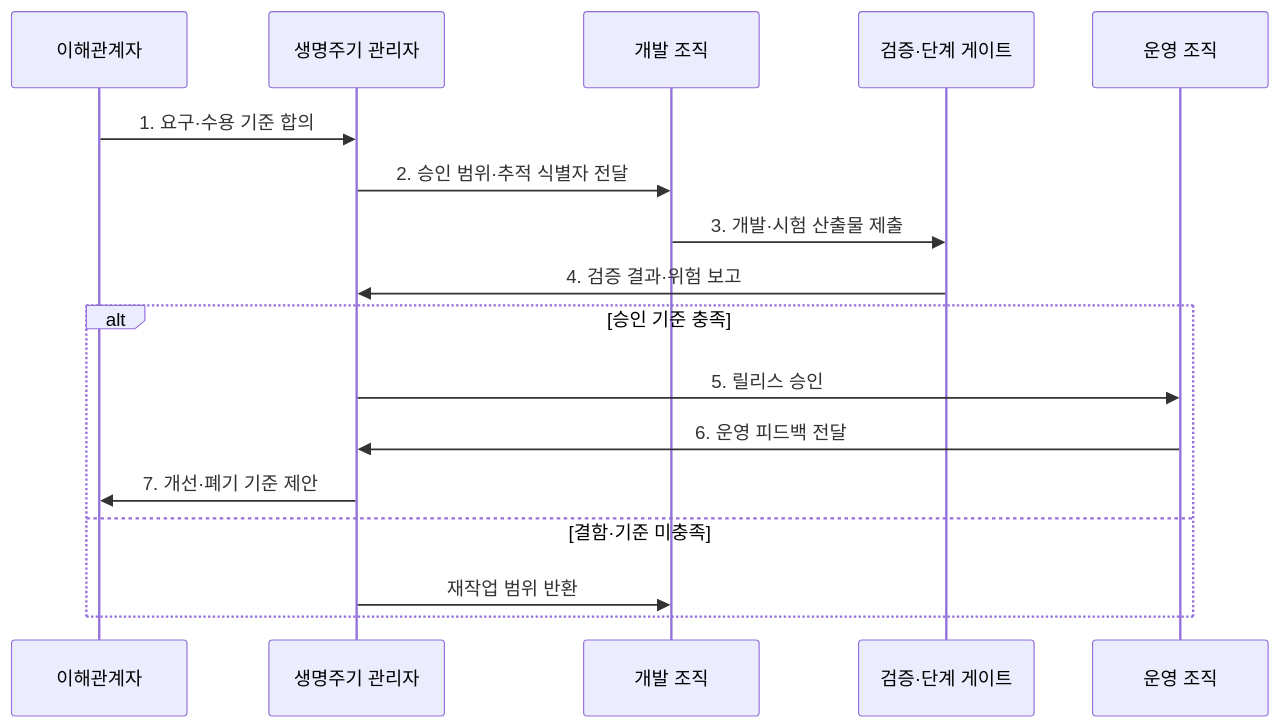
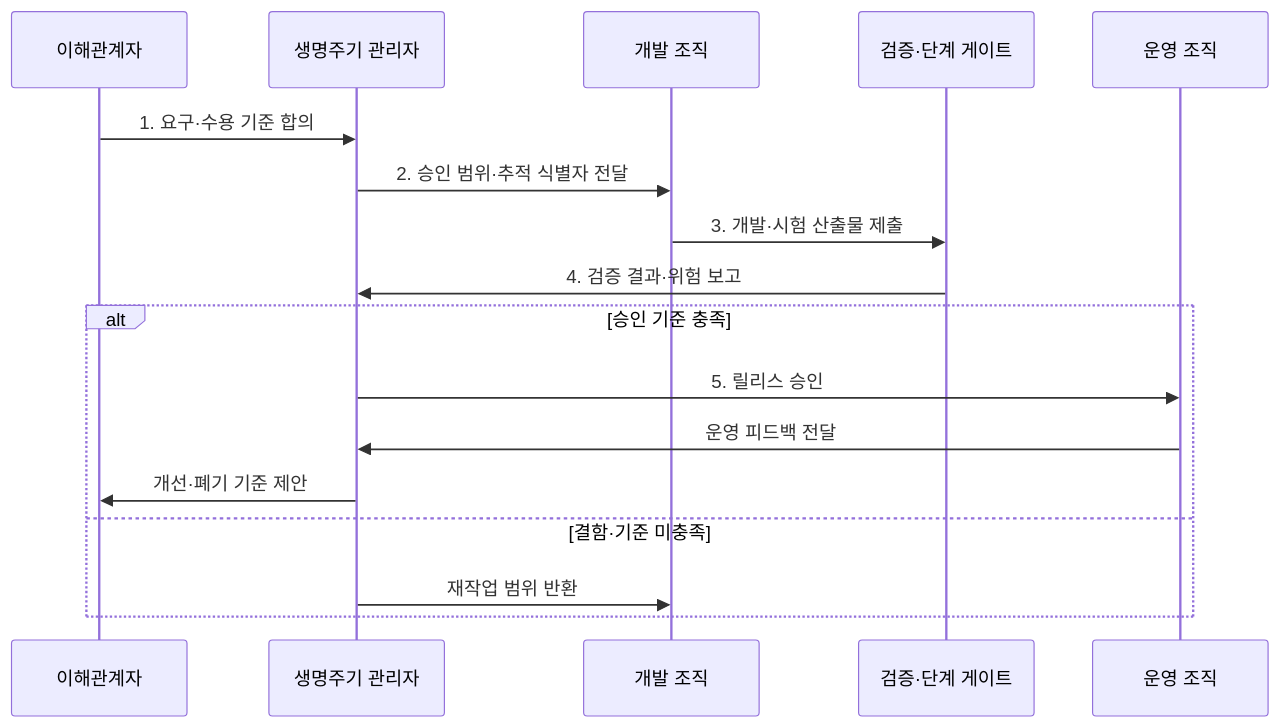
Before and after one commit to agnusdei1207/knowledge-base: the second of 2 diagrams in src/content/docs/notes/03-software/030_software_development_lifecycle.md, drawn with Mermaid. The commit also changed other lines of this file and 238 other files, not shown here.

````diff
--- a/src/content/docs/notes/03-software/030_software_development_lifecycle.md
+++ b/src/content/docs/notes/03-software/030_software_development_lifecycle.md
@@ -83,20 +85,20 @@
 ```mermaid
 sequenceDiagram
     participant S as 이해관계자
     participant M as 생명주기 관리자
     participant D as 개발 조직
     participant V as 검증·단계 게이트
     participant O as 운영 조직
 
     S->>M: 1. 요구·수용 기준 합의
     M->>D: 2. 승인 범위·추적 식별자 전달
     D->>V: 3. 개발·시험 산출물 제출
     V->>M: 4. 검증 결과·위험 보고
     alt 승인 기준 충족
         M->>O: 5. 릴리스 승인
-        O->>M: 6. 운영 피드백 전달
-        M->>S: 7. 개선·폐기 기준 제안
+        O->>M: 운영 피드백 전달
+        M->>S: 개선·폐기 기준 제안
     else 결함·기준 미충족
         M->>D: 재작업 범위 반환
     end
 ```
````
